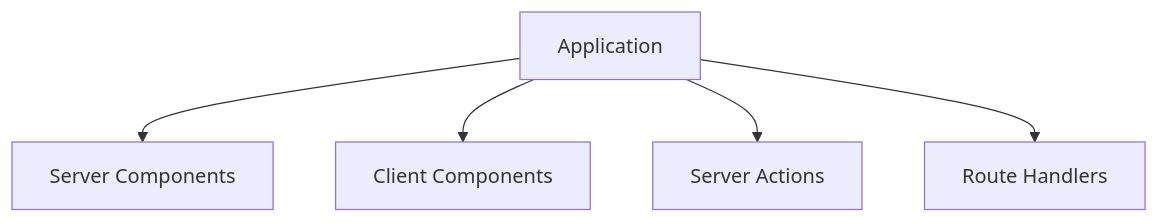
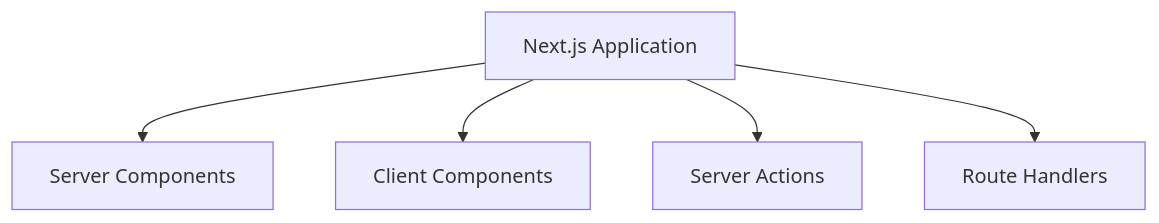
One commit to seanwhs/Tutorials changed the second of 3 diagrams in NextJS/Next-JS-Tutorial/NextJS-16-for-Absolute-Beginners/Appendices/AppendixD-Evolution-of-Web-Application-Architecture.md. Above: the diagram before and after it, drawn with Mermaid. The commit also changed other lines of this file, not shown here.

````diff
--- a/NextJS/Next-JS-Tutorial/NextJS-16-for-Absolute-Beginners/Appendices/AppendixD-Evolution-of-Web-Application-Architecture.md
+++ b/NextJS/Next-JS-Tutorial/NextJS-16-for-Absolute-Beginners/Appendices/AppendixD-Evolution-of-Web-Application-Architecture.md
@@ -378,13 +461,10 @@
 ```mermaid
 graph TD
 
-    APP[Application]
+    APP[Next.js Application]
 
     APP --> SC[Server Components]
-
     APP --> CC[Client Components]
-
     APP --> SA[Server Actions]
-
     APP --> RH[Route Handlers]
 ```
````
